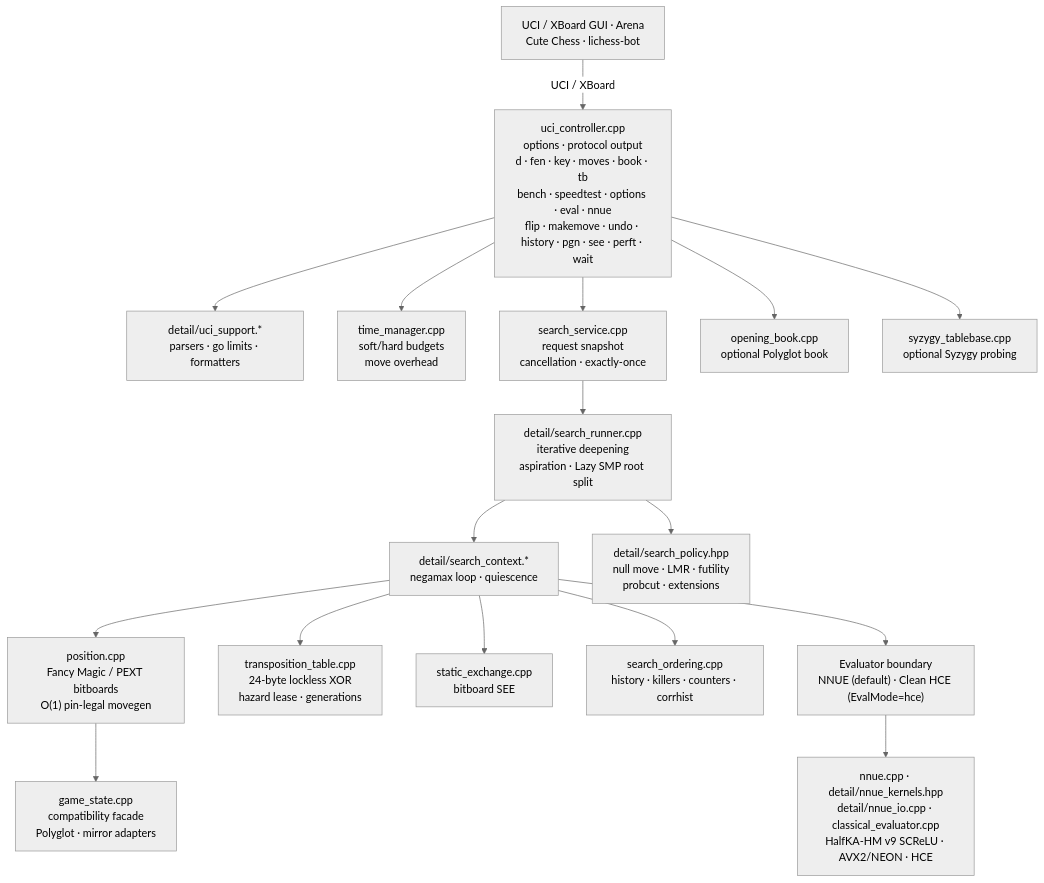
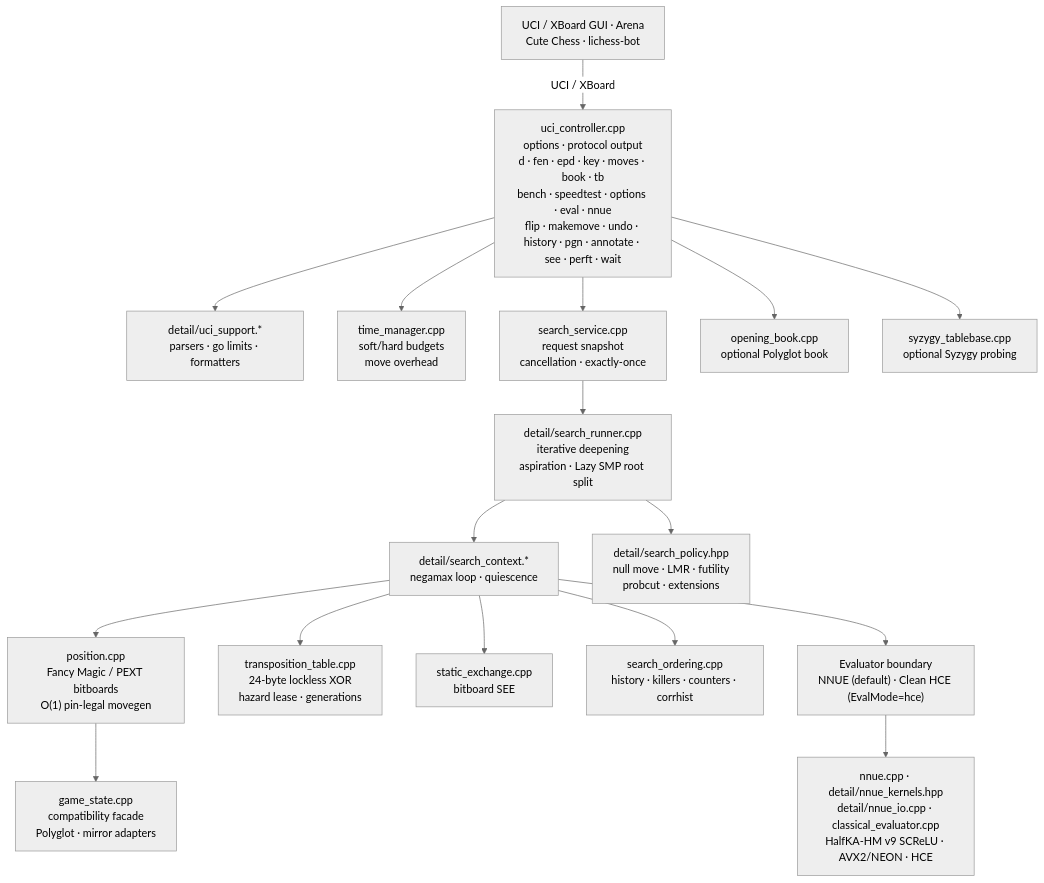
One commit to nhatquang1701/Koi changed the diagram in docs/ARCHITECTURE.md. Above: the diagram before and after it, drawn with Mermaid (neutral theme). The commit also changed other lines of this file and 12 other files, not shown here.

Commit message:
Add koi-eval-features --limit, deduplicate koi-bot.sh asset lookup, add CLI moves san alias, and sync docs (M285-M288)

````diff
--- a/docs/ARCHITECTURE.md
+++ b/docs/ARCHITECTURE.md
@@ -7,20 +7,20 @@
 ```mermaid
 flowchart TD
     GUI["UCI / XBoard GUI · Arena<br/>Cute Chess · lichess-bot"] -- "UCI / XBoard" --> UCI
-    UCI["uci_controller.cpp<br/>options · protocol output<br/>d · fen · key · moves · book · tb<br/>bench · speedtest · options · eval · nnue<br/>flip · makemove · undo · history · pgn · see · perft · wait"]
+    UCI["uci_controller.cpp<br/>options · protocol output<br/>d · fen · epd · key · moves · book · tb<br/>bench · speedtest · options · eval · nnue<br/>flip · makemove · undo · history · pgn · annotate · see · perft · wait"]
     UCI --> UCISUPPORT["detail/uci_support.*<br/>parsers · go limits · formatters"]
     UCI --> TIME["time_manager.cpp<br/>soft/hard budgets<br/>move overhead"]
     UCI --> SERVICE["search_service.cpp<br/>request snapshot<br/>cancellation · exactly-once"]
     SERVICE --> RUNNER["detail/search_runner.cpp<br/>iterative deepening<br/>aspiration · Lazy SMP root split"]
     RUNNER --> CONTEXT["detail/search_context.*<br/>negamax loop · quiescence"]
     RUNNER --> POLICY["detail/search_policy.hpp<br/>null move · LMR · futility<br/>probcut · extensions"]
     CONTEXT --> POSITION["position.cpp<br/>Fancy Magic / PEXT bitboards<br/>O(1) pin-legal movegen"]
     POSITION --> STATE["game_state.cpp<br/>compatibility facade<br/>Polyglot · mirror adapters"]
     CONTEXT --> TT["transposition_table.cpp<br/>24-byte lockless XOR<br/>hazard lease · generations"]
     CONTEXT --> SEE["static_exchange.cpp<br/>bitboard SEE"]
     CONTEXT --> ORDER["search_ordering.cpp<br/>history · killers · counters · corrhist"]
     CONTEXT --> EVAL["Evaluator boundary<br/>NNUE (default) · Clean HCE (EvalMode=hce)"]
     EVAL --> NNUE["nnue.cpp · detail/nnue_kernels.hpp<br/>detail/nnue_io.cpp · classical_evaluator.cpp<br/>HalfKA-HM v9 SCReLU · AVX2/NEON · HCE"]
     UCI --> BOOK["opening_book.cpp<br/>optional Polyglot book"]
     UCI --> TB["syzygy_tablebase.cpp<br/>optional Syzygy probing"]
 ```
````
